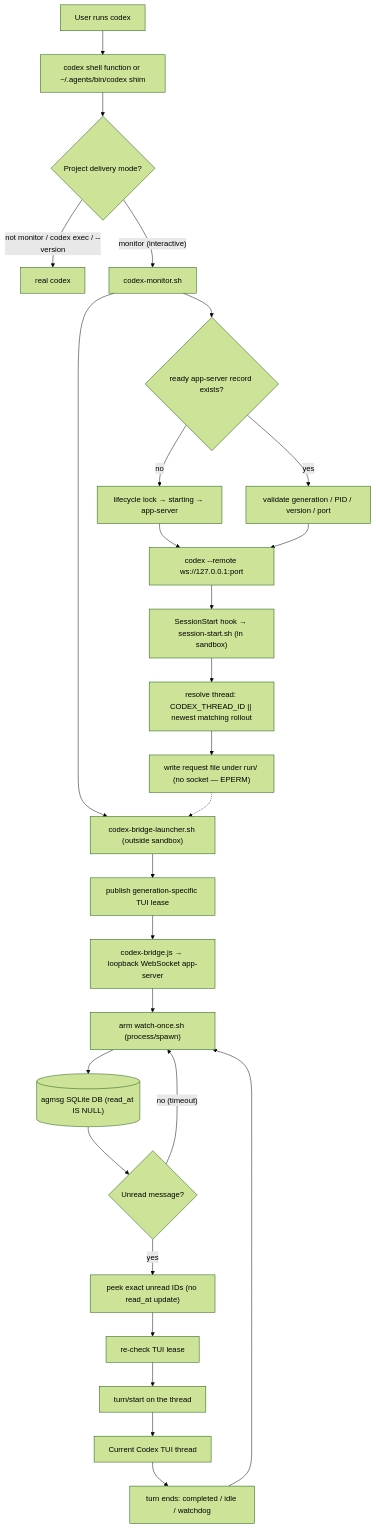
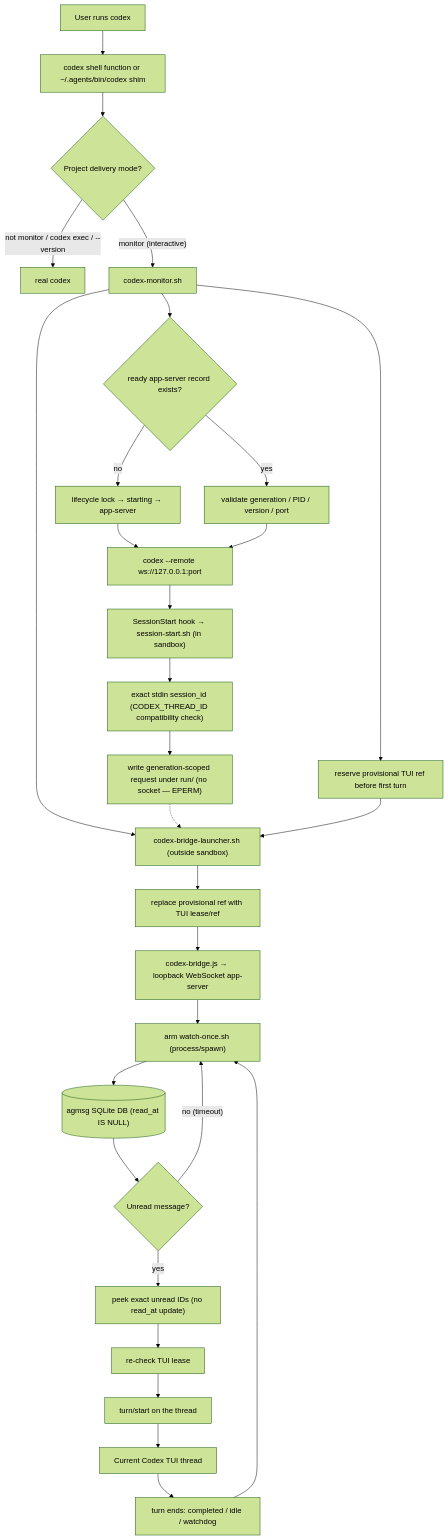
One commit to fujibee/agmsg changed the diagram in docs/codex-monitor-beta.md. Above: the diagram before and after it, drawn with Mermaid (forest theme). The commit also changed other lines of this file and 14 other files, not shown here.

Commit message:
test(codex): cover Windows monitor hardening

````diff
--- a/docs/codex-monitor-beta.md
+++ b/docs/codex-monitor-beta.md
@@ -165,31 +214,33 @@
 ```mermaid
 flowchart TD
   user["User runs codex"] --> shim["codex shell function or ~/.agents/bin/codex shim"]
   shim --> mode{"Project delivery mode?"}
   mode -- "not monitor / codex exec / --version" --> real["real codex"]
   mode -- "monitor (interactive)" --> monitor["codex-monitor.sh"]
 
   monitor --> server{"ready app-server record exists?"}
   server -- "no" --> startServer["lifecycle lock → starting → app-server"]
   server -- "yes" --> reuseServer["validate generation / PID / version / port"]
+  monitor --> startupRef["reserve provisional TUI ref before first turn"]
   monitor --> launcher["codex-bridge-launcher.sh (outside sandbox)"]
   startServer --> remote["codex --remote ws://127.0.0.1:port"]
   reuseServer --> remote
 
   remote --> hook["SessionStart hook → session-start.sh (in sandbox)"]
-  hook --> thread["resolve thread: CODEX_THREAD_ID || newest matching rollout"]
-  thread --> request["write request file under run/ (no socket — EPERM)"]
+  hook --> thread["exact stdin session_id (CODEX_THREAD_ID compatibility check)"]
+  thread --> request["write generation-scoped request under run/ (no socket — EPERM)"]
   request -.-> launcher
-  launcher --> lease["publish generation-specific TUI lease"]
+  startupRef --> launcher
+  launcher --> lease["replace provisional ref with TUI lease/ref"]
   lease --> bridge["codex-bridge.js → loopback WebSocket app-server"]
   bridge --> watch["arm watch-once.sh (process/spawn)"]
   watch --> db[("agmsg SQLite DB (read_at IS NULL)")]
   db --> unread{"Unread message?"}
   unread -- "no (timeout)" --> watch
   unread -- "yes" --> inbox["peek exact unread IDs (no read_at update)"]
   inbox --> gate["re-check TUI lease"]
   gate --> turn["turn/start on the thread"]
   turn --> tui["Current Codex TUI thread"]
   tui --> ended["turn ends: completed / idle / watchdog"]
   ended --> watch
 ```
````
